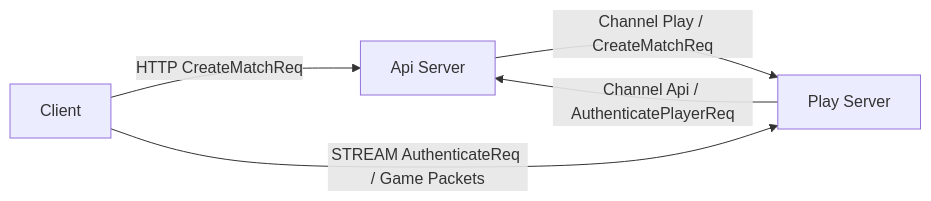
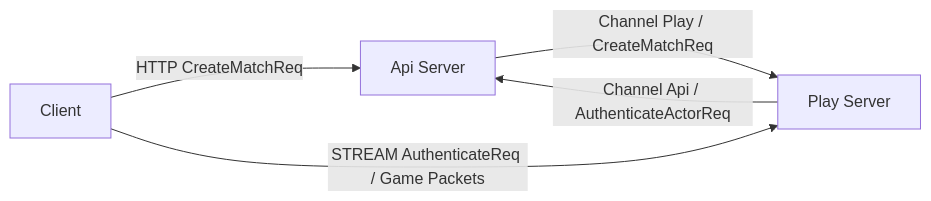
Before and after one commit to kairos-code-dev/zlink: the first of 4 diagrams in framework/doc/spec/sample/tictactoe/direct.ko.md, drawn with Mermaid. The commit also changed other lines of this file and 138 other files, not shown here.

````diff
--- a/framework/doc/spec/sample/tictactoe/direct.ko.md
+++ b/framework/doc/spec/sample/tictactoe/direct.ko.md
@@ -26,11 +26,11 @@
 ```mermaid
 flowchart LR
     C[Client]
     API[Api Server]
     PLAY[Play Server]
 
     C -->|HTTP CreateMatchReq| API
     API -->|Channel Play / CreateMatchReq| PLAY
-    PLAY -->|Channel Api / AuthenticatePlayerReq| API
+    PLAY -->|Channel Api / AuthenticateActorReq| API
     C -->|STREAM AuthenticateReq / Game Packets| PLAY
 ```
````
